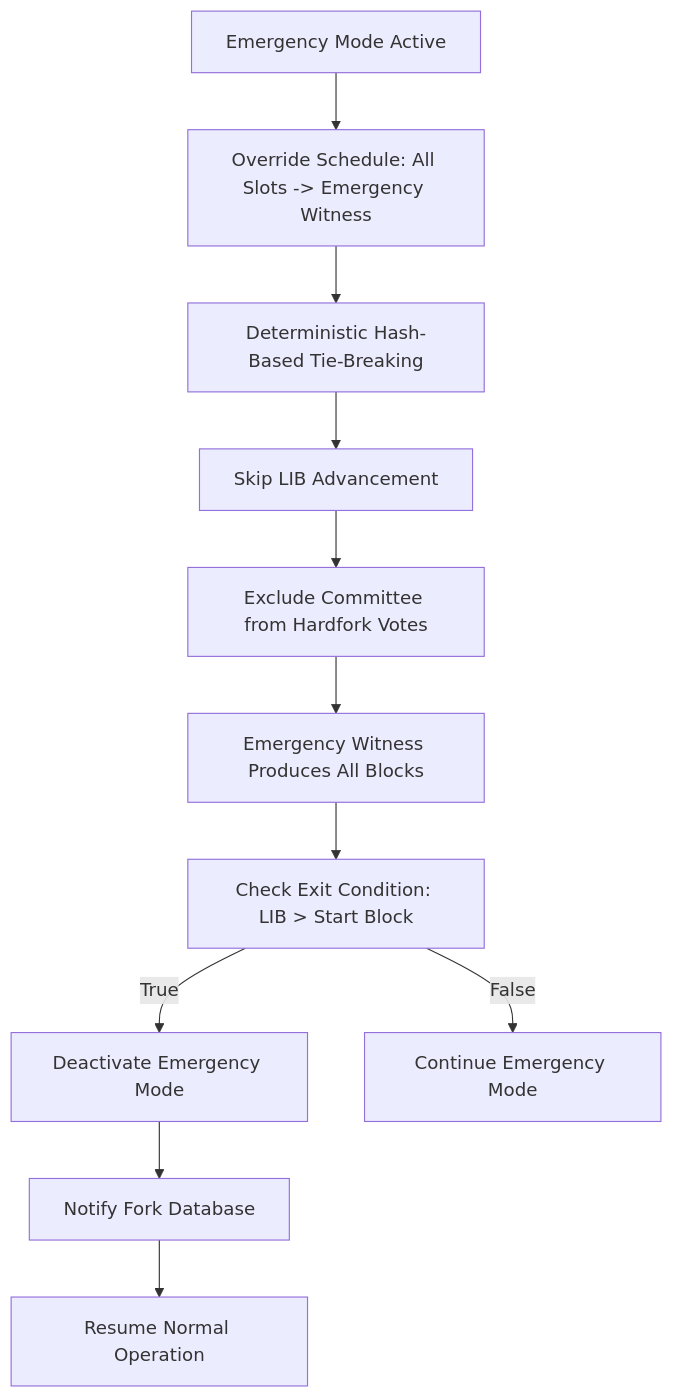
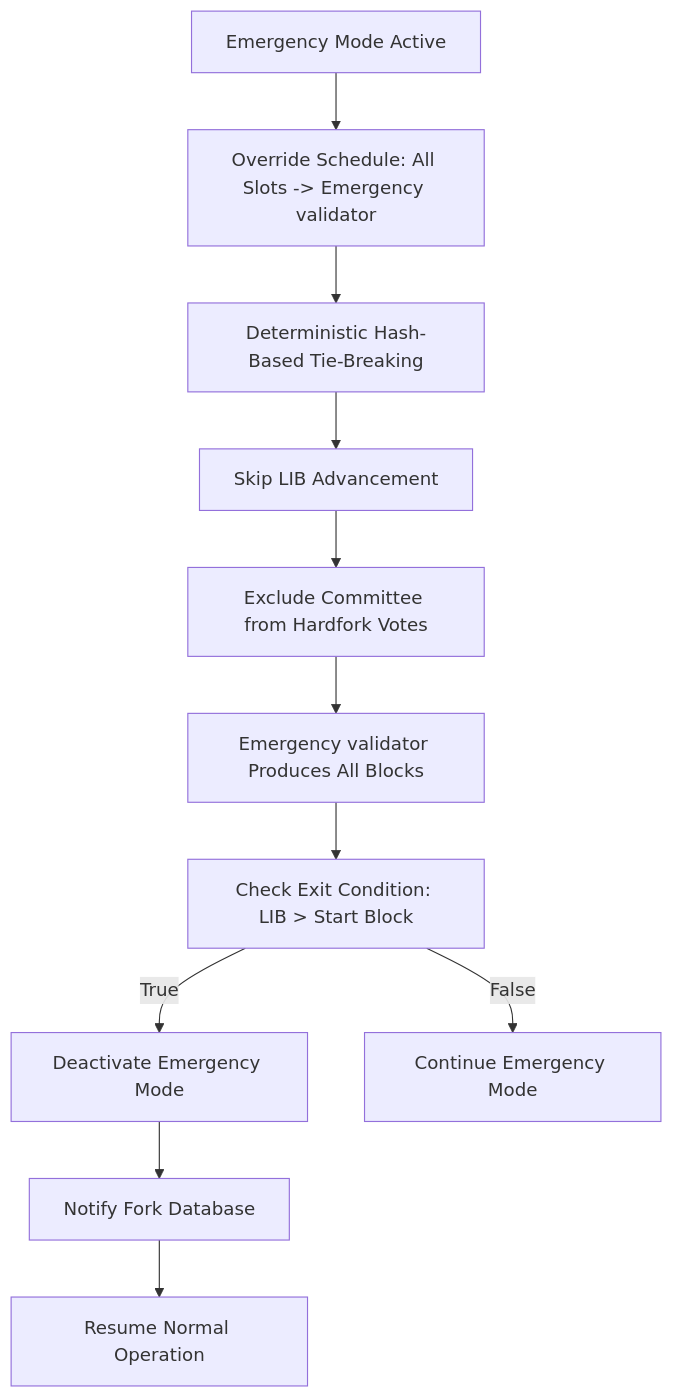
One commit to VIZ-Blockchain/viz-cpp-node changed diagram 13 of 20 in .qoder/repowiki/en/content/Architecture Overview/Core Libraries/Chain Library/Fork Resolution and Consensus.md. Above: the diagram before and after it, drawn with Mermaid. The commit also changed other lines of this file and 88 other files, not shown here.

First line of the commit message:
docs(validator): rename witness to validator throughout documentation

````diff
--- a/.qoder/repowiki/en/content/Architecture Overview/Core Libraries/Chain Library/Fork Resolution and Consensus.md
+++ b/.qoder/repowiki/en/content/Architecture Overview/Core Libraries/Chain Library/Fork Resolution and Consensus.md
@@ -758,13 +758,13 @@
 ```mermaid
 flowchart TD
-EmergencyMode["Emergency Mode Active"] --> OverrideSchedule["Override Schedule: All Slots -> Emergency Witness"]
+EmergencyMode["Emergency Mode Active"] --> OverrideSchedule["Override Schedule: All Slots -> Emergency validator"]
 OverrideSchedule --> DeterministicTie["Deterministic Hash-Based Tie-Breaking"]
 DeterministicTie --> SkipLIB["Skip LIB Advancement"]
 SkipLIB --> CommitteeExclusion["Exclude Committee from Hardfork Votes"]
-CommitteeExclusion --> EmergencyWitness["Emergency Witness Produces All Blocks"]
+CommitteeExclusion --> EmergencyWitness["Emergency validator Produces All Blocks"]
 EmergencyWitness --> ExitCondition["Check Exit Condition: LIB > Start Block"]
 ExitCondition --> |True| DeactivateEmergency["Deactivate Emergency Mode"]
 ExitCondition --> |False| ContinueEmergency["Continue Emergency Mode"]
 DeactivateEmergency --> NotifyForkDB["Notify Fork Database"]
 NotifyForkDB --> NormalOperation["Resume Normal Operation"]
 ```
````
